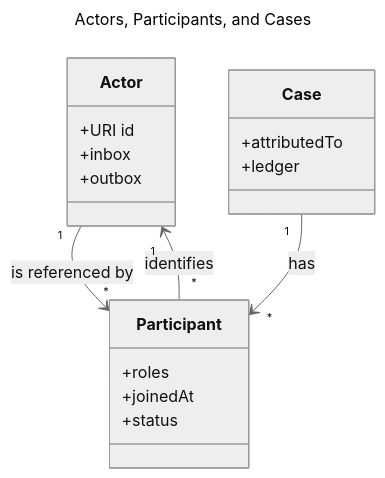
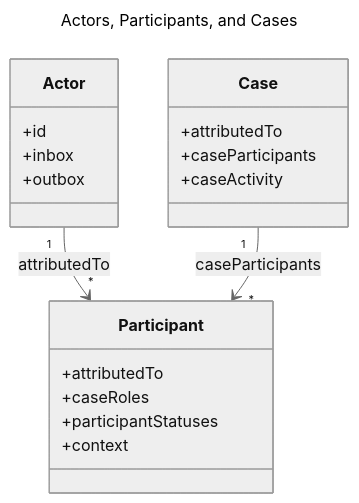
The first of 2 diagrams in docs/topics/future_work/federation.md (CERTCC/Vultron), drawn with Mermaid (neutral theme) before and after one commit. The commit also changed other lines of this file and 1 other file, not shown here.

````diff
--- a/docs/topics/future_work/federation.md
+++ b/docs/topics/future_work/federation.md
@@ -75,23 +78,24 @@
 ```mermaid
 ---
 title: Actors, Participants, and Cases
 ---
 classDiagram
     class Actor {
-        +URI id
+        +id
         +inbox
         +outbox
     }
     class Participant {
-        +roles
-        +joinedAt
-        +status
+        +attributedTo
+        +caseRoles
+        +participantStatuses
+        +context
     }
     class Case {
         +attributedTo
-        +ledger
+        +caseParticipants
+        +caseActivity
     }
-    Actor "1" --> "*" Participant : is referenced by
-    Case "1" --> "*" Participant : has
-    Participant "*" --> "1" Actor : identifies
+    Actor "1" --> "*" Participant : attributedTo
+    Case "1" --> "*" Participant : caseParticipants
 ```
````
